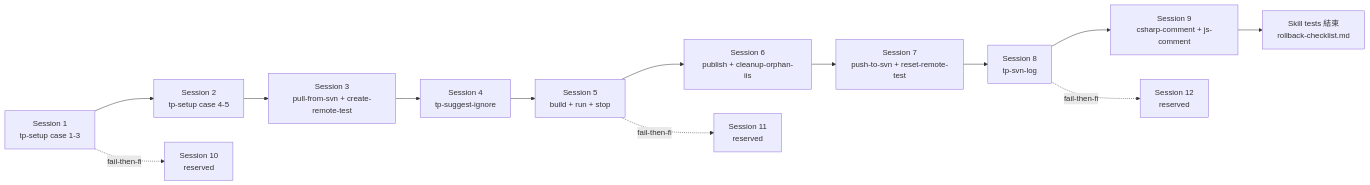
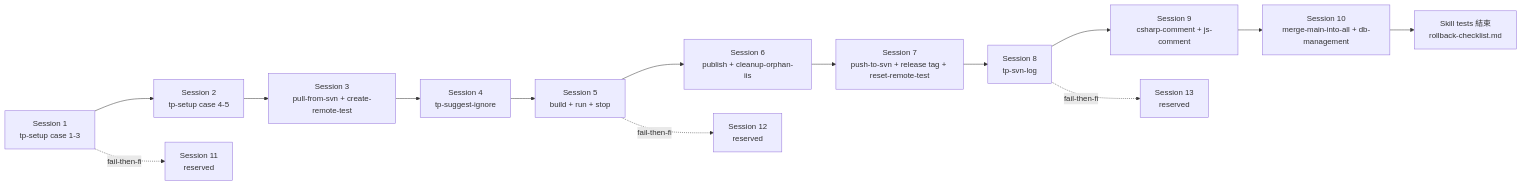
Before and after one commit to Bryant-Tang/turbo-plugins-claude: the diagram in plugins/turbo-plugin/tests/docs/skill-tests-session-plan.md, drawn with Mermaid. The commit also changed other lines of this file and 4 other files, not shown here.

First line of the commit message:
doc(turbo-plugin): U8 — skill-test 套件去硬編 + 反映新結構 + 新增 2 skill case

````diff
--- a/plugins/turbo-plugin/tests/docs/skill-tests-session-plan.md
+++ b/plugins/turbo-plugin/tests/docs/skill-tests-session-plan.md
@@ -141,15 +153,16 @@
 ```mermaid
 flowchart LR
   S1[Session 1<br>tp-setup case 1-3] --> S2[Session 2<br>tp-setup case 4-5]
   S2 --> S3[Session 3<br>pull-from-svn + create-remote-test]
   S3 --> S4[Session 4<br>tp-suggest-ignore]
   S4 --> S5[Session 5<br>build + run + stop]
   S5 --> S6[Session 6<br>publish + cleanup-orphan-iis]
-  S6 --> S7[Session 7<br>push-to-svn + reset-remote-test]
+  S6 --> S7[Session 7<br>push-to-svn + release tag + reset-remote-test]
   S7 --> S8[Session 8<br>tp-svn-log]
   S8 --> S9[Session 9<br>csharp-comment + js-comment]
-  S9 --> RB["Skill tests 結束<br>rollback-checklist.md"]
-  S1 -.fail-then-fix.-> S10[Session 10<br>reserved]
-  S5 -.fail-then-fix.-> S11[Session 11<br>reserved]
-  S8 -.fail-then-fix.-> S12[Session 12<br>reserved]
+  S9 --> S10b[Session 10<br>merge-main-into-all + db-management]
+  S10b --> RB["Skill tests 結束<br>rollback-checklist.md"]
+  S1 -.fail-then-fix.-> S11[Session 11<br>reserved]
+  S5 -.fail-then-fix.-> S12[Session 12<br>reserved]
+  S8 -.fail-then-fix.-> S13[Session 13<br>reserved]
 ```
````
